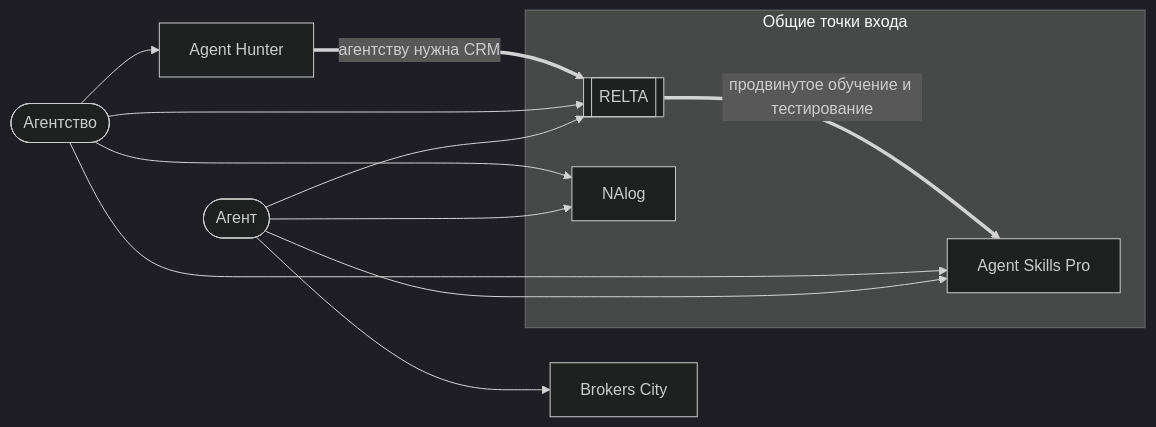
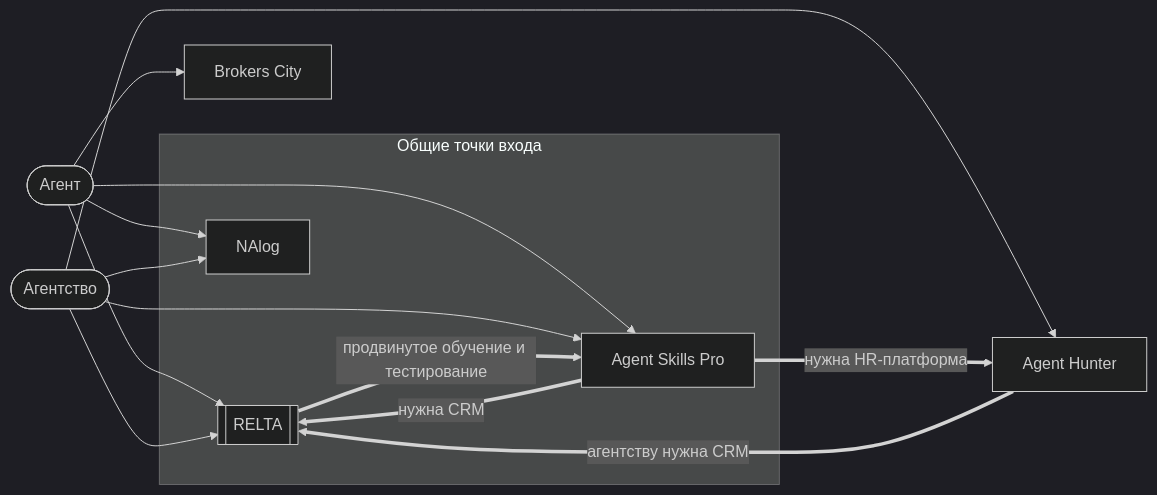
The first of 4 diagrams in reports/decisions/2026-11-02-ecosystem.md (dkuplevatskij/AI-Executive-Team), drawn with Mermaid (dark theme) before and after one commit. The commit also changed other lines of this file and 1 other file, not shown here.

Commit message:
D-015: Agent Skills Pro передаёт клиентов в RELTA (CRM) и Agent Hunter (HR-платформа)
Claude-Session: https://claude.ai/code/session_01KgGZpKFpweJmVqxVqDs5bx

````diff
--- a/reports/decisions/2026-11-02-ecosystem.md
+++ b/reports/decisions/2026-11-02-ecosystem.md
@@ -37,16 +37,18 @@
 ```mermaid
 flowchart LR
   A([Агент])
   G([Агентство])
   subgraph S [Общие точки входа]
     R[[RELTA]]
     N[NAlog]
     K[Agent Skills Pro]
   end
   B[Brokers City]
   H[Agent Hunter]
   A --> R & N & K & B
   G --> R & H & N & K
   R ==>|продвинутое обучение и тестирование| K
   H ==>|агентству нужна CRM| R
+  K ==>|нужна CRM| R
+  K ==>|нужна HR-платформа| H
 ```
````
